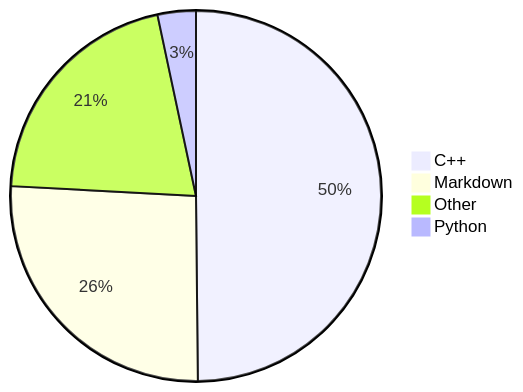
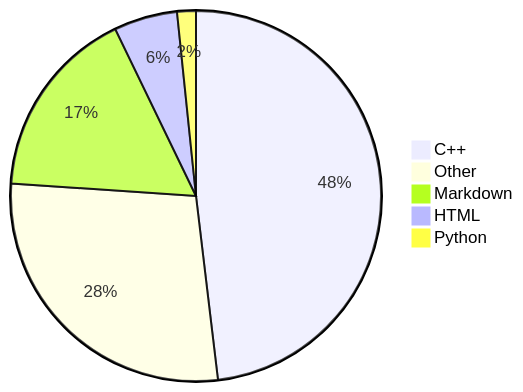
The diagram in README.md (Alicia111/alicia111), drawn with Mermaid before and after one commit.

Commit message:
Update WakaTime stats (・ω・)b

````diff
--- a/README.md
+++ b/README.md
@@ -32,7 +32,8 @@
 ```mermaid
 pie
-    "C++" : 49.84
-    "Markdown" : 26.01
-    "Other" : 20.81
-    "Python" : 3.34
+    "C++" : 48.1
+    "Other" : 27.97
+    "Markdown" : 16.75
+    "HTML" : 5.53
+    "Python" : 1.64
 ```
````
